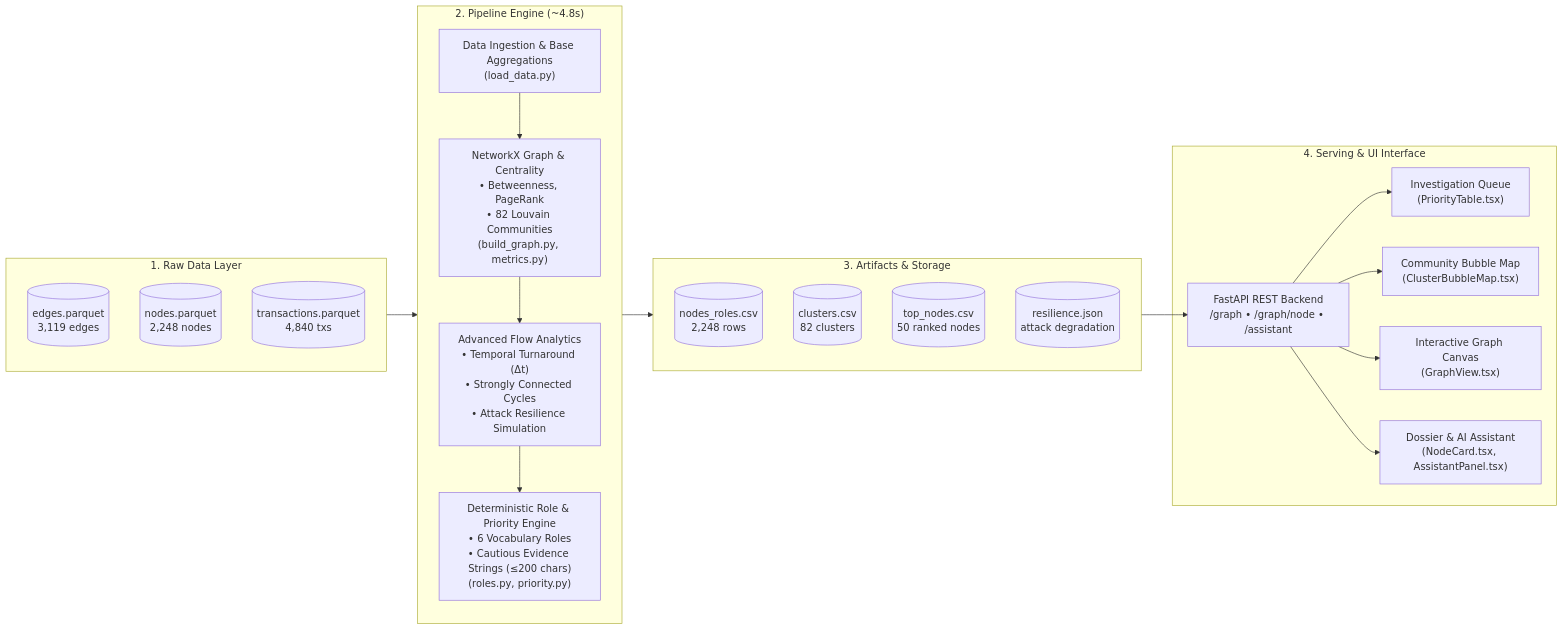
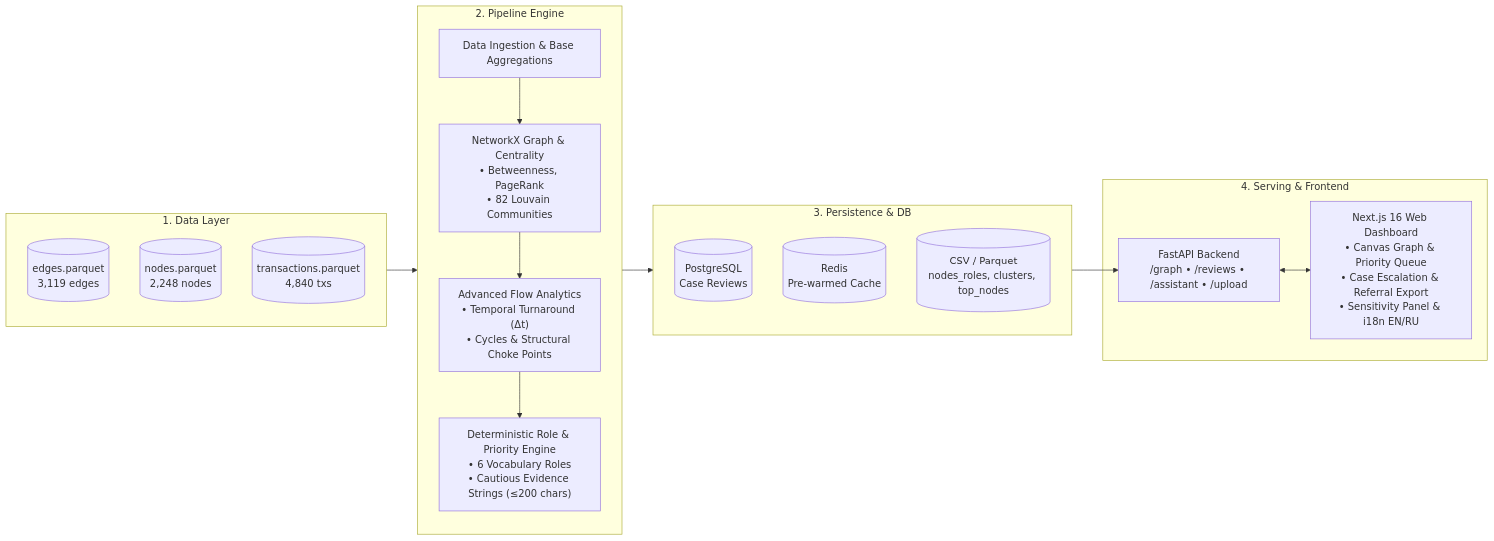
One commit to BAITC-Hacks/hack-8682265b-gocker changed the diagram in README.md. Above: the diagram before and after it, drawn with Mermaid. The commit also changed other lines of this file, not shown here.

````diff
--- a/README.md
+++ b/README.md
@@ -90,37 +125,33 @@
 ```mermaid
 flowchart LR
-    subgraph Data["1. Raw Data Layer"]
+    subgraph Data["1. Data Layer"]
         D1[("edges.parquet<br/>3,119 edges")]
         D2[("nodes.parquet<br/>2,248 nodes")]
         D3[("transactions.parquet<br/>4,840 txs")]
     end
 
-    subgraph Pipeline["2. Pipeline Engine (~4.8s)"]
+    subgraph Pipeline["2. Pipeline Engine"]
         direction TB
-        P1["Data Ingestion & Base Aggregations<br/>(load_data.py)"]
-        P2["NetworkX Graph & Centrality<br/>• Betweenness, PageRank<br/>• 82 Louvain Communities<br/>(build_graph.py, metrics.py)"]
-        P3["Advanced Flow Analytics<br/>• Temporal Turnaround (Δt)<br/>• Strongly Connected Cycles<br/>• Attack Resilience Simulation"]
-        P4["Deterministic Role & Priority Engine<br/>• 6 Vocabulary Roles<br/>• Cautious Evidence Strings (≤200 chars)<br/>(roles.py, priority.py)"]
+        P1["Data Ingestion & Base Aggregations"]
+        P2["NetworkX Graph & Centrality<br/>• Betweenness, PageRank<br/>• 82 Louvain Communities"]
+        P3["Advanced Flow Analytics<br/>• Temporal Turnaround (Δt)<br/>• Cycles & Structural Choke Points"]
+        P4["Deterministic Role & Priority Engine<br/>• 6 Vocabulary Roles<br/>• Cautious Evidence Strings (≤200 chars)"]
         P1 --> P2 --> P3 --> P4
     end
 
-    subgraph Outputs["3. Artifacts & Storage"]
-        O1[("nodes_roles.csv<br/>2,248 rows")]
-        O2[("clusters.csv<br/>82 clusters")]
-        O3[("top_nodes.csv<br/>50 ranked nodes")]
-        O4[("resilience.json<br/>attack degradation")]
+    subgraph Storage["3. Persistence & DB"]
+        S1[("PostgreSQL<br/>Case Reviews")]
+        S2[("Redis<br/>Pre-warmed Cache")]
+        S3[("CSV / Parquet<br/>nodes_roles, clusters, top_nodes")]
     end
 
-    subgraph Serving["4. Serving & UI Interface"]
-        API["FastAPI REST Backend<br/>/graph • /graph/node • /assistant"]
-        UI1["Investigation Queue<br/>(PriorityTable.tsx)"]
-        UI2["Community Bubble Map<br/>(ClusterBubbleMap.tsx)"]
-        UI3["Interactive Graph Canvas<br/>(GraphView.tsx)"]
-        UI4["Dossier & AI Assistant<br/>(NodeCard.tsx, AssistantPanel.tsx)"]
-        API --> UI1 & UI2 & UI3 & UI4
+    subgraph UI["4. Serving & Frontend"]
+        API["FastAPI Backend<br/>/graph • /reviews • /assistant • /upload"]
+        FE["Next.js 16 Web Dashboard<br/>• Canvas Graph & Priority Queue<br/>• Case Escalation & Referral Export<br/>• Sensitivity Panel & i18n EN/RU"]
+        API <--> FE
     end
 
     Data --> P1
-    P4 --> Outputs
-    Outputs --> API
+    P4 --> Storage
+    Storage --> API
 ```
````
